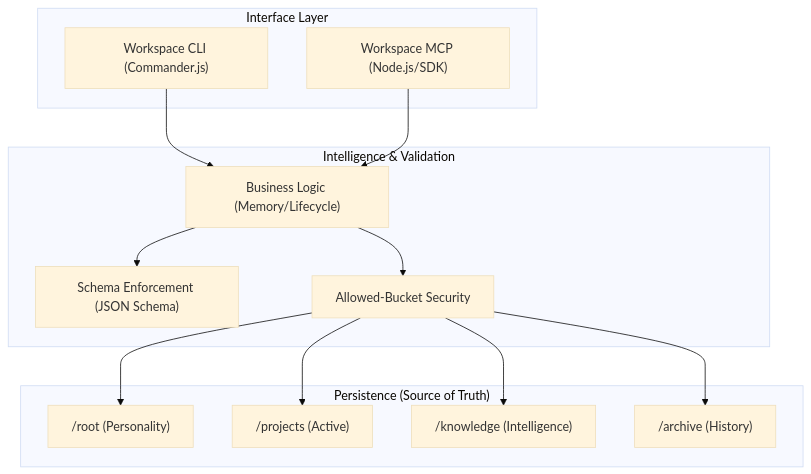
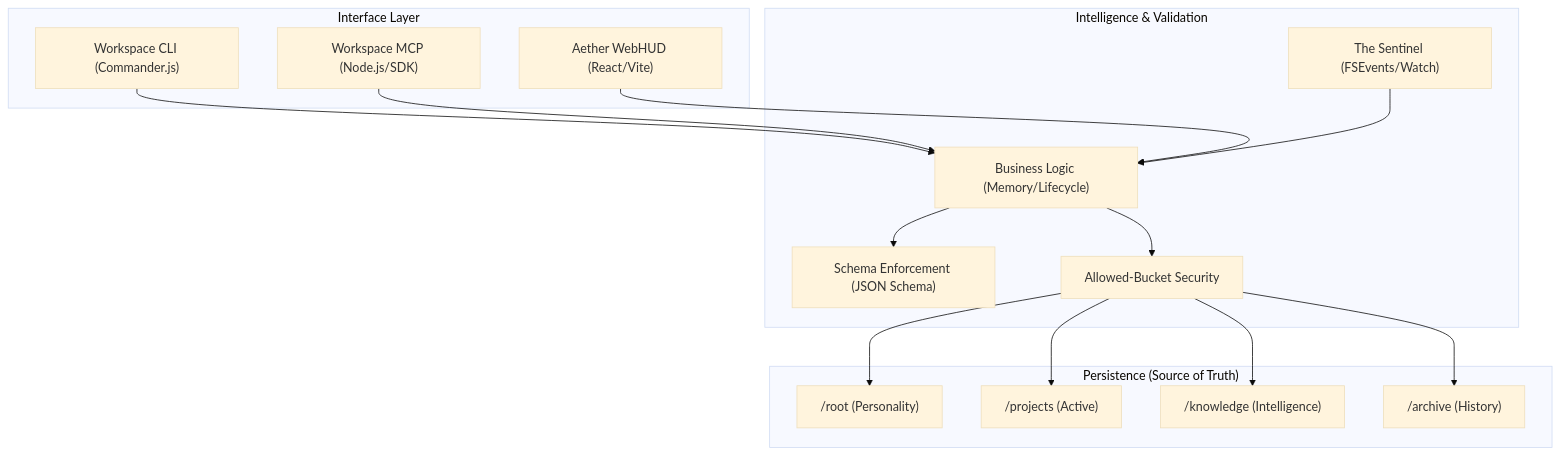
One commit to sairam0424/ContextOS changed the first of 2 diagrams in docs/architecture.md. Above: the diagram before and after it, drawn with Mermaid (base theme). The commit also changed other lines of this file and 8 other files, not shown here.

````diff
--- a/docs/architecture.md
+++ b/docs/architecture.md
@@ -11,29 +11,33 @@
 ```mermaid
 graph TD
     subgraph "Interface Layer"
         CLI["Workspace CLI (Commander.js)"]
         MCP["Workspace MCP (Node.js/SDK)"]
+        HUD["Aether WebHUD (React/Vite)"]
     end
 
     subgraph "Intelligence & Validation"
         Logic["Business Logic (Memory/Lifecycle)"]
+        Sentinel["The Sentinel (FSEvents/Watch)"]
         Schema["Schema Enforcement (JSON Schema)"]
         Security["Allowed-Bucket Security"]
     end
 
     subgraph "Persistence (Source of Truth)"
         Root["/root (Personality)"]
         Projects["/projects (Active)"]
         Knowledge["/knowledge (Intelligence)"]
         Archive["/archive (History)"]
     end
 
     CLI --> Logic
     MCP --> Logic
+    HUD --> Logic
+    Sentinel --> Logic
     Logic --> Schema
     Logic --> Security
     Security --> Root
     Security --> Projects
     Security --> Knowledge
     Security --> Archive
 ```
````
